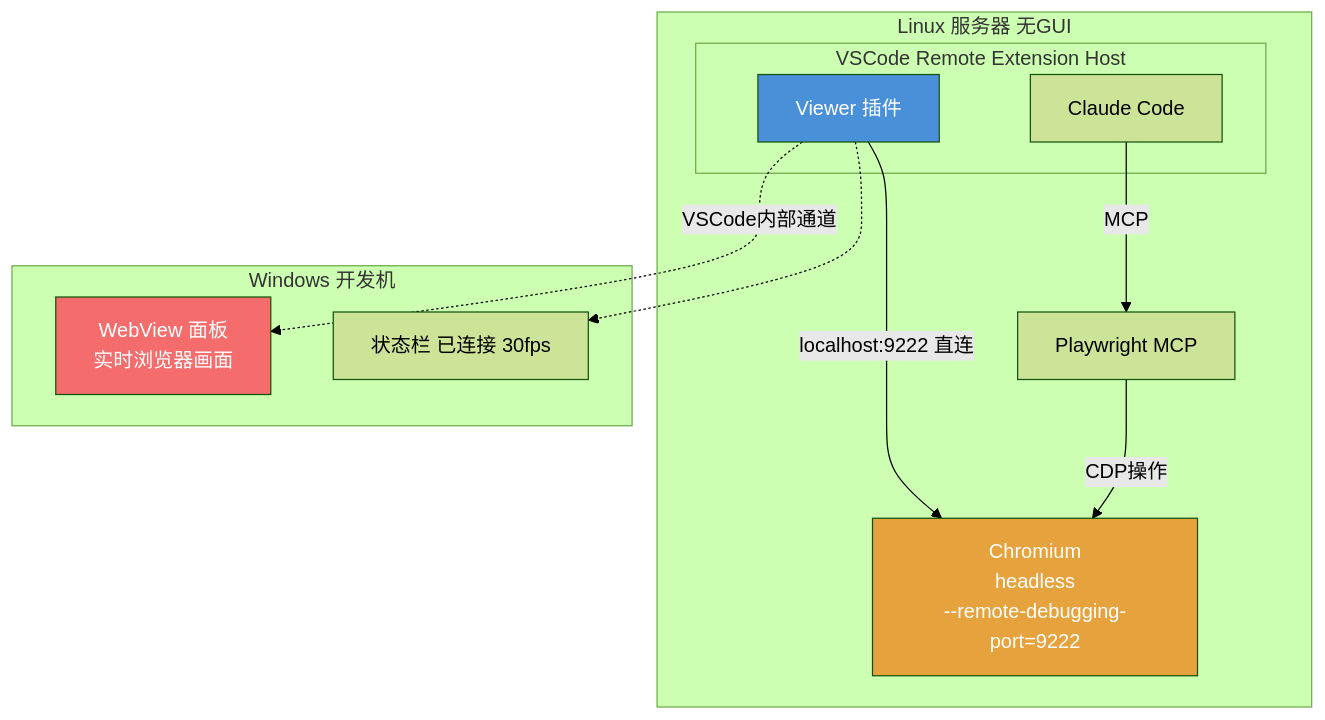
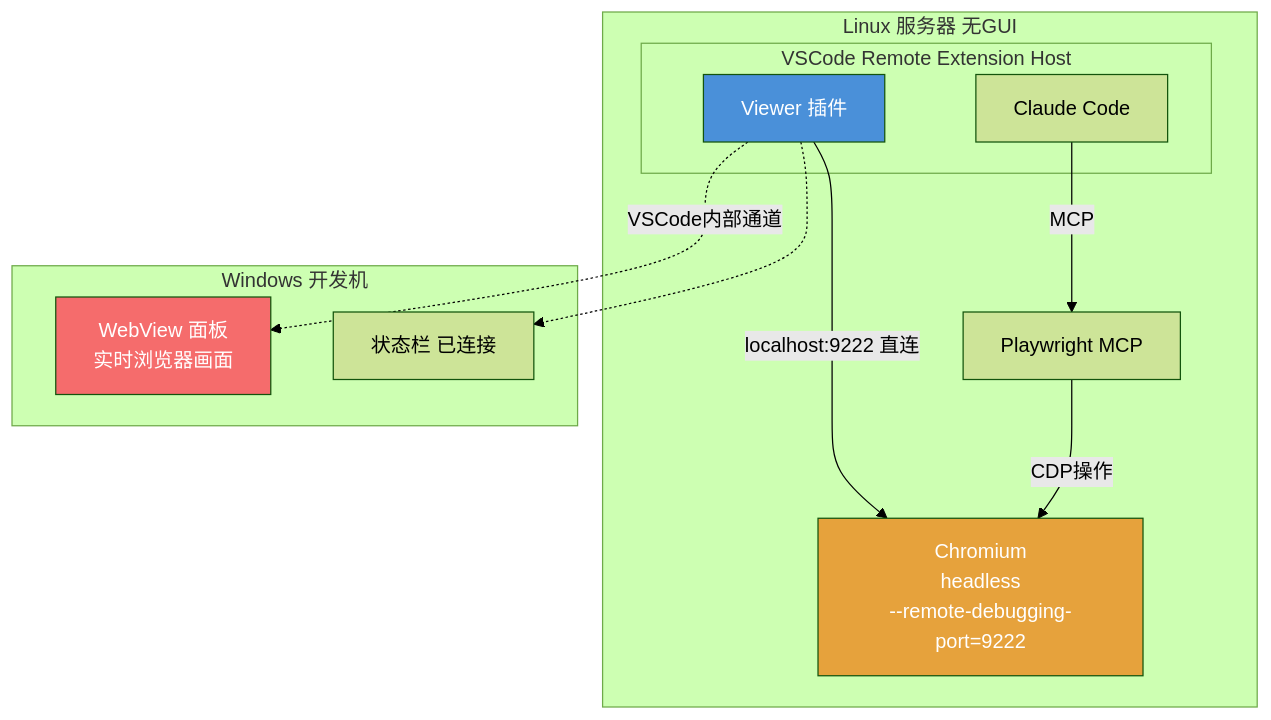
Before and after one commit to scutshuxue/ai-coding-research: diagram 15 of 21 in dev_notes/remote-browser-viewer-guide.md, drawn with Mermaid (forest theme). The commit also changed other lines of this file, not shown here.

First line of the commit message:
Fix 10 architecture issues in remote browser viewer guide

````diff
--- a/dev_notes/remote-browser-viewer-guide.md
+++ b/dev_notes/remote-browser-viewer-guide.md
@@ -907,26 +947,26 @@
 ```mermaid
 graph TB
     subgraph Linux["Linux 服务器 无GUI"]
         subgraph VSCode_Remote["VSCode Remote Extension Host"]
             CC["Claude Code"]
             EXT["Viewer 插件"]
         end
         MCP["Playwright MCP"]
         CHROME["Chromium<br/>headless<br/>--remote-debugging-port=9222"]
     end
 
     subgraph Windows["Windows 开发机"]
         WV["WebView 面板<br/>实时浏览器画面"]
-        SB["状态栏 已连接 30fps"]
+        SB["状态栏 已连接"]
     end
 
     CC -->|"MCP"| MCP
     MCP -->|"CDP操作"| CHROME
     EXT -->|"localhost:9222 直连"| CHROME
     EXT -.->|"VSCode内部通道"| WV
     EXT -.-> SB
 
     style CHROME fill:#e6a23c,color:#fff
     style EXT fill:#4a90d9,color:#fff
     style WV fill:#f56c6c,color:#fff
 ```
````
